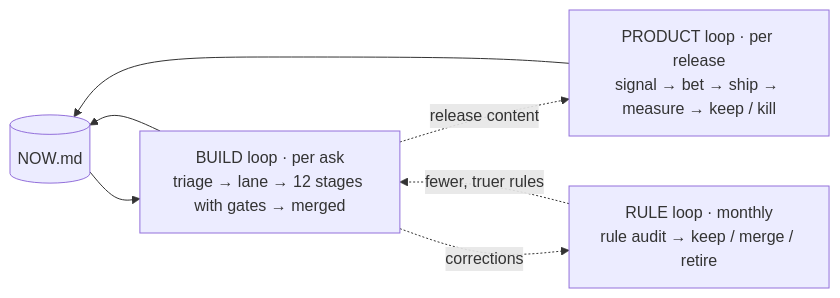
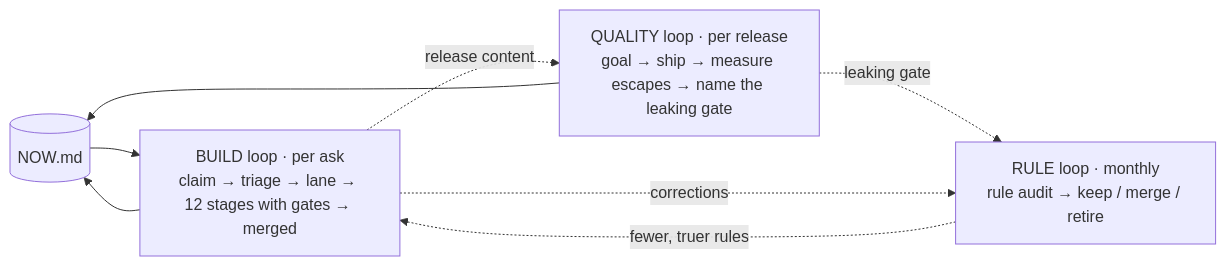
One commit to MechanicalBoy/Infinite changed the diagram in docs/DEVELOPMENT_LIFECYCLE.md. Above: the diagram before and after it, drawn with Mermaid. The commit also changed other lines of this file and 1 other file, not shown here.

First line of the commit message:
Lifecycle: quality loop replaces the downloads bet; claims, absent-owner protocol, non-code lanes

````diff
--- a/docs/DEVELOPMENT_LIFECYCLE.md
+++ b/docs/DEVELOPMENT_LIFECYCLE.md
@@ -8,11 +8,12 @@
 ```mermaid
 flowchart LR
     NOW[("NOW.md")]
-    P["PRODUCT loop · per release<br/>signal → bet → ship → measure → keep / kill"]
-    B["BUILD loop · per ask<br/>triage → lane → 12 stages with gates → merged"]
+    Q["QUALITY loop · per release<br/>goal → ship → measure escapes → name the leaking gate"]
+    B["BUILD loop · per ask<br/>claim → triage → lane → 12 stages with gates → merged"]
     R["RULE loop · monthly<br/>rule audit → keep / merge / retire"]
     NOW --> B --> NOW
-    P --> NOW
-    B -. release content .-> P
+    Q --> NOW
+    B -. release content .-> Q
+    Q -. leaking gate .-> R
     B -. corrections .-> R -. fewer, truer rules .-> B
 ```
````
